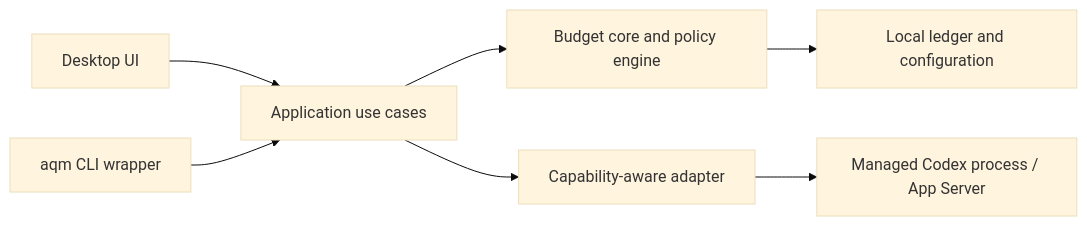
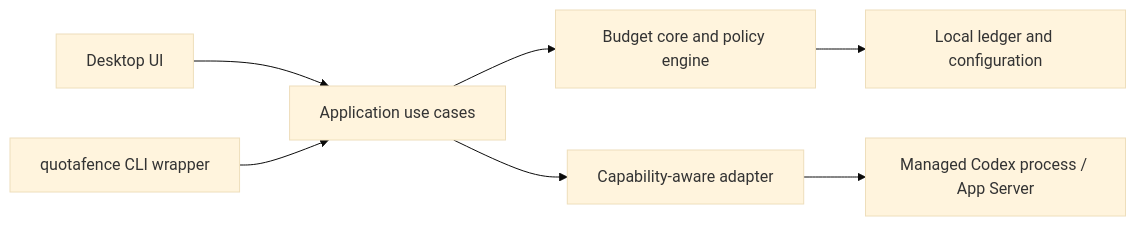
Before and after one commit to quotafence/quotafence: the diagram in README.md, drawn with Mermaid (base theme). The commit also changed other lines of this file and 44 other files, not shown here.

````diff
--- a/README.md
+++ b/README.md
@@ -138,9 +138,9 @@
 ```mermaid
 flowchart LR
   UI["Desktop UI"] --> APP["Application use cases"]
-  CLI["aqm CLI wrapper"] --> APP
+  CLI["quotafence CLI wrapper"] --> APP
   APP --> CORE["Budget core and policy engine"]
   CORE --> STORE["Local ledger and configuration"]
   APP --> ADAPTER["Capability-aware adapter"]
   ADAPTER --> PROVIDER["Managed Codex process / App Server"]
 ```
````
